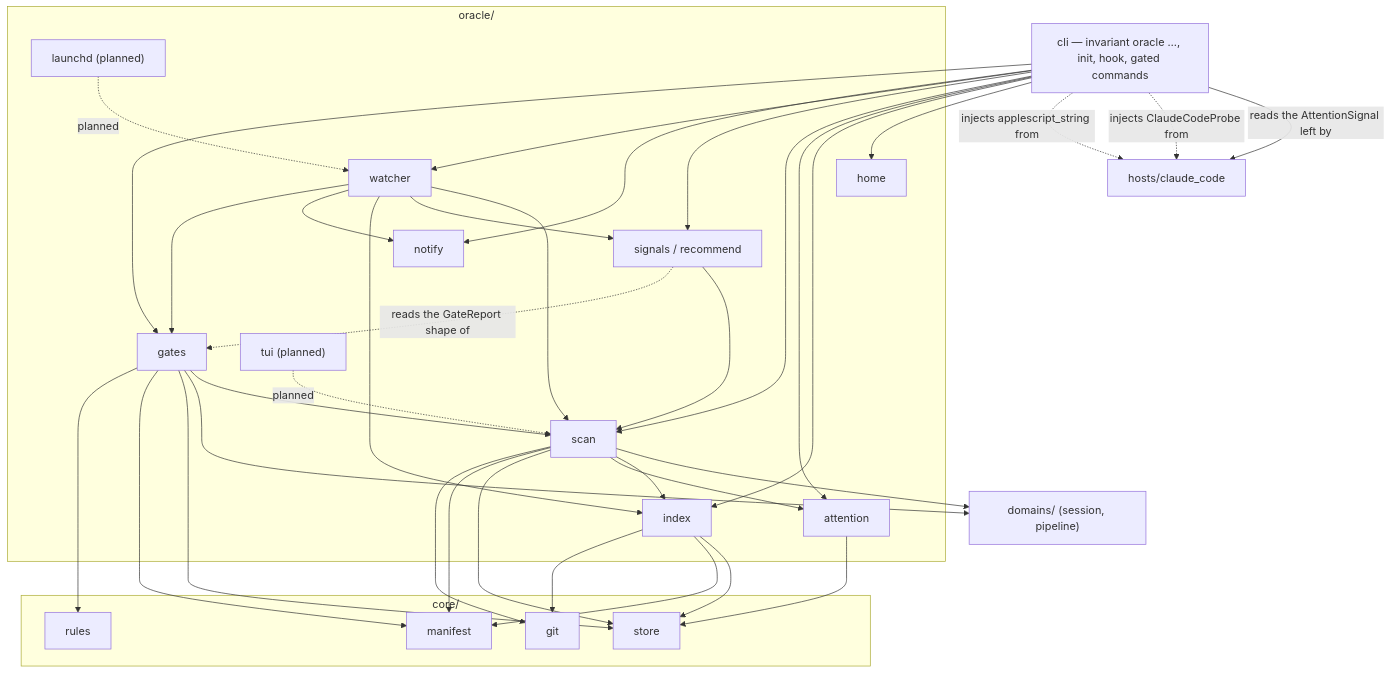
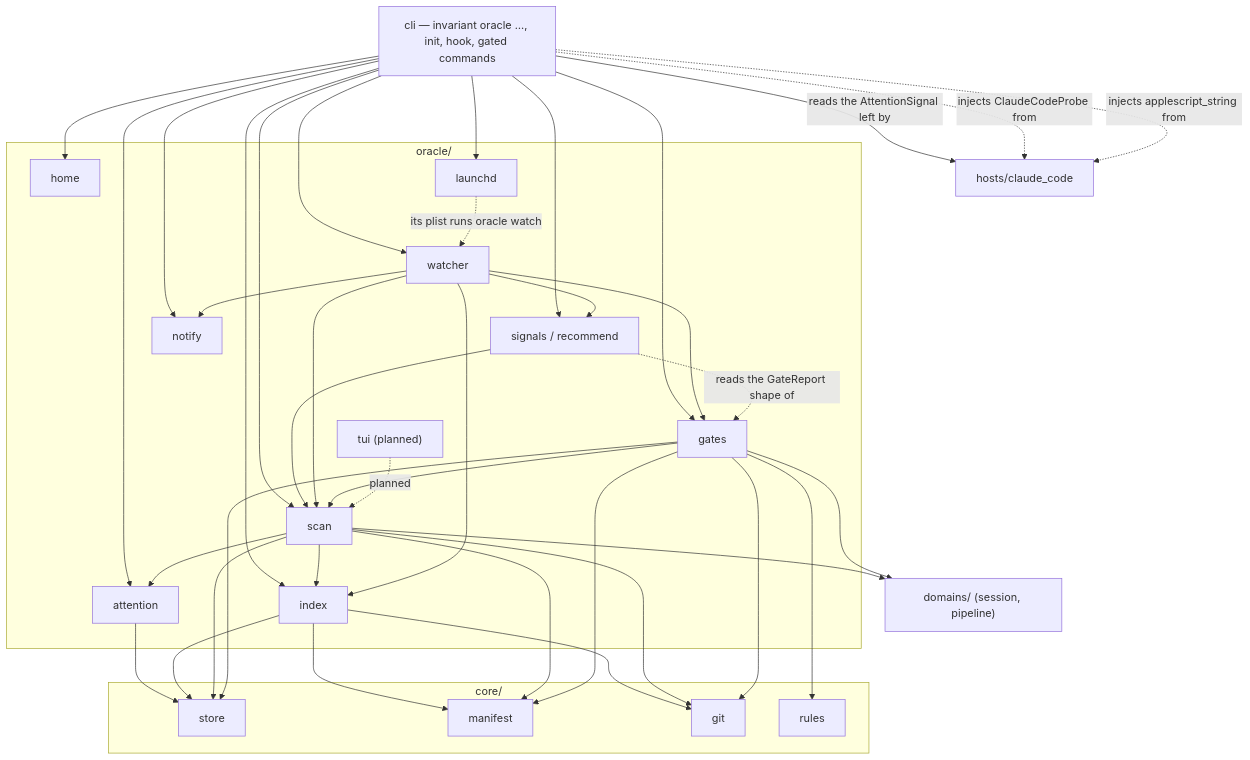
The diagram in docs/architecture/oracle.md (Mindchallenges/Invariant), drawn with Mermaid before and after one commit. The commit also changed other lines of this file and 14 other files, not shown here.

First line of the commit message:
oracle - launchd install/uninstall/status, doctor row, launchctl guard (IDEA_012 inc 6)

````diff
--- a/docs/architecture/oracle.md
+++ b/docs/architecture/oracle.md
@@ -24,63 +24,65 @@
 ```mermaid
 graph TD
     CLI[cli — invariant oracle …, init, hook, gated commands]
     HOST["hosts/claude_code"]
 
     subgraph oracle["oracle/"]
         HOME[home]
         INDEX[index]
         ATTN[attention]
         SCAN[scan]
         SIGNALS["signals / recommend"]
         WATCH[watcher]
         GATES[gates]
         NOTIFY[notify]
-        LAUNCHD["launchd (planned)"]
+        LAUNCHD[launchd]
         TUI["tui (planned)"]
     end
 
     subgraph core["core/"]
         STORE[store]
         MANIFEST[manifest]
         GIT[git]
         RULES[rules]
     end
 
     DOMAINS["domains/ (session, pipeline)"]
 
     CLI --> HOME
     CLI --> INDEX
     CLI --> ATTN
     CLI --> SCAN
     CLI --> SIGNALS
     CLI -- reads the AttentionSignal left by --> HOST
     CLI --> WATCH
     CLI --> NOTIFY
     CLI -. injects ClaudeCodeProbe from .-> HOST
     CLI -. injects applescript_string from .-> HOST
     ATTN --> STORE
     INDEX --> STORE
     INDEX --> MANIFEST
     INDEX --> GIT
     SCAN --> DOMAINS
     SCAN --> INDEX
     SCAN --> ATTN
     SCAN --> STORE
     SCAN --> MANIFEST
     SCAN --> GIT
     SIGNALS --> SCAN
     WATCH --> SCAN
     WATCH --> SIGNALS
     WATCH --> INDEX
     WATCH --> NOTIFY
     CLI --> GATES
     WATCH --> GATES
     GATES --> SCAN
     GATES --> DOMAINS
     GATES --> STORE
     GATES --> MANIFEST
     GATES --> RULES
+    GATES --> GIT
     SIGNALS -. reads the GateReport shape of .-> GATES
-    LAUNCHD -. planned .-> WATCH
+    CLI --> LAUNCHD
+    LAUNCHD -. its plist runs oracle watch .-> WATCH
     TUI -. planned .-> SCAN
 ```
````
